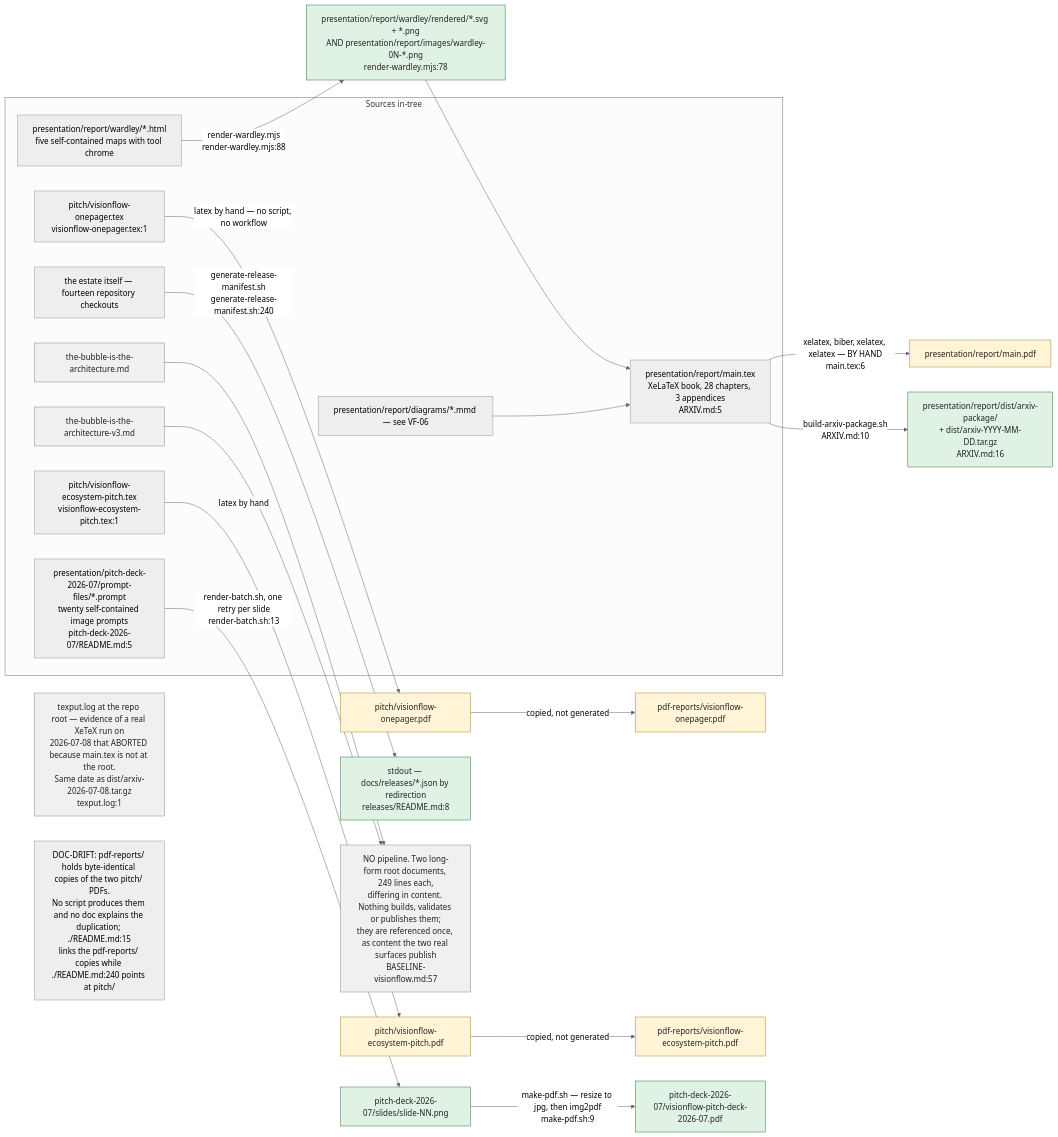
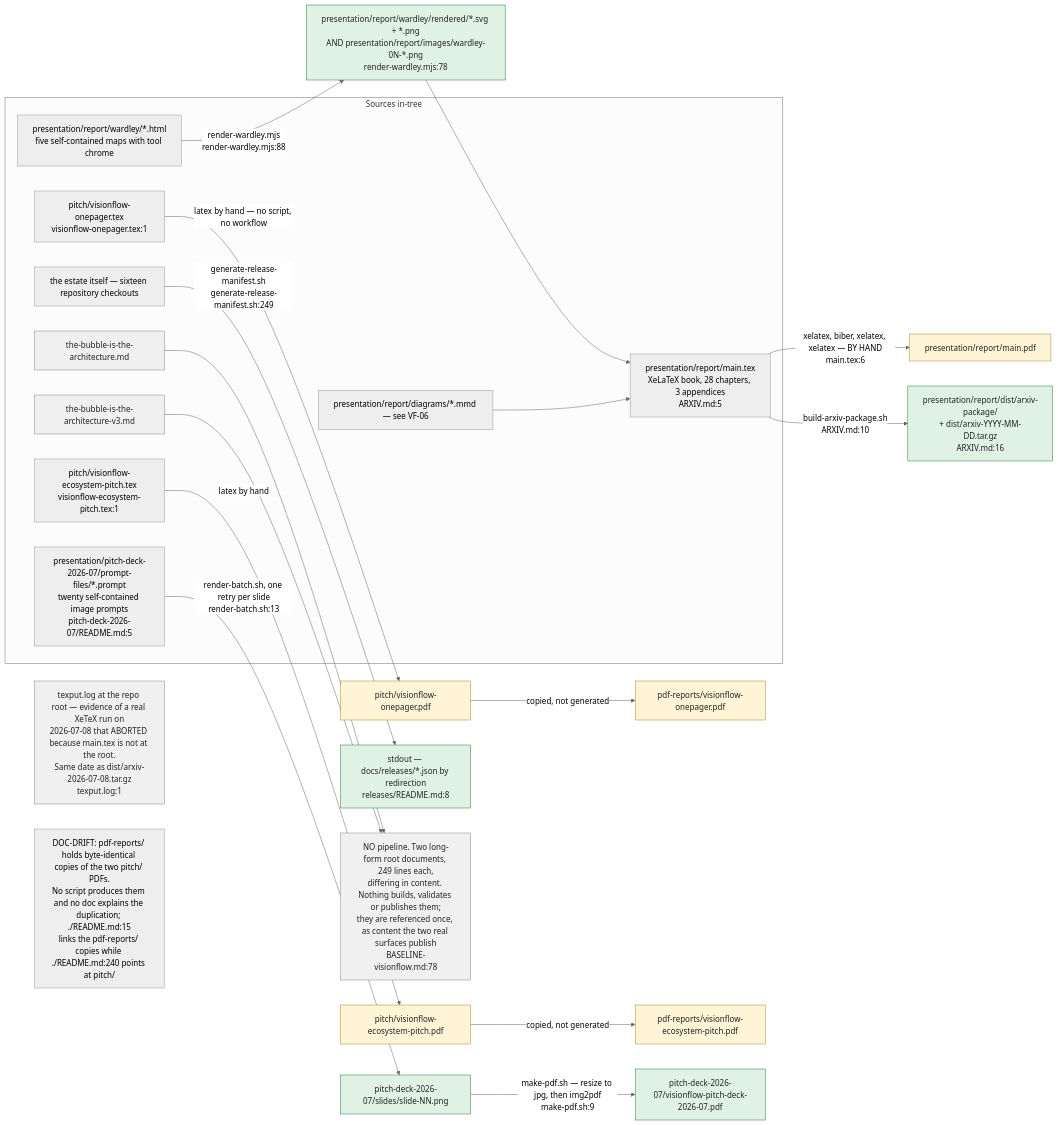
Before and after one commit to DreamLab-AI/VisionFlow: the first of 11 diagrams in docs/diagrams/visionflow/07-pitch-presentation-reports.md, drawn with Mermaid (neutral theme). The commit also changed other lines of this file and 80 other files, not shown here.

First line of the commit message:
docs(diagrams): re-verify the agentbox, dreamlab, estate and visionflow corpus against current sources

````diff
--- a/docs/diagrams/visionflow/07-pitch-presentation-reports.md
+++ b/docs/diagrams/visionflow/07-pitch-presentation-reports.md
@@ -38,41 +38,41 @@
 ```mermaid
 flowchart LR
     classDef auto fill:#e0f2e4,stroke:#2f7a45,color:#222
     classDef manual fill:#fff4d6,stroke:#aa8833,color:#222
     classDef content fill:#f0f0f0,stroke:#888,color:#222
 
     subgraph SRC["Sources in-tree"]
         R1["presentation/report/main.tex<br/>XeLaTeX book, 28 chapters, 3 appendices<br/>ARXIV.md:5"]
         R2["presentation/report/wardley/*.html<br/>five self-contained maps with tool chrome"]
         R3["presentation/report/diagrams/*.mmd — see VF-06"]
         P1["pitch/visionflow-onepager.tex<br/>visionflow-onepager.tex:1"]
         P2["pitch/visionflow-ecosystem-pitch.tex<br/>visionflow-ecosystem-pitch.tex:1"]
         D1["presentation/pitch-deck-2026-07/prompt-files/*.prompt<br/>twenty self-contained image prompts<br/>pitch-deck-2026-07/README.md:5"]
         B1["the-bubble-is-the-architecture.md"]:::content
         B2["the-bubble-is-the-architecture-v3.md"]:::content
-        RM["the estate itself — fourteen repository checkouts"]
+        RM["the estate itself — sixteen repository checkouts"]
     end
 
     R2 -->|"render-wardley.mjs<br/>render-wardley.mjs:88"| O2["presentation/report/wardley/rendered/*.svg + *.png<br/>AND presentation/report/images/wardley-0N-*.png<br/>render-wardley.mjs:78"]:::auto
     O2 --> R1
     R3 --> R1
     R1 -->|"xelatex, biber, xelatex, xelatex — BY HAND<br/>main.tex:6"| O1["presentation/report/main.pdf"]:::manual
     R1 -->|"build-arxiv-package.sh<br/>ARXIV.md:10"| O3["presentation/report/dist/arxiv-package/<br/>+ dist/arxiv-YYYY-MM-DD.tar.gz<br/>ARXIV.md:16"]:::auto
 
     P1 -->|"latex by hand — no script, no workflow"| O4["pitch/visionflow-onepager.pdf"]:::manual
     P2 -->|"latex by hand"| O5["pitch/visionflow-ecosystem-pitch.pdf"]:::manual
     O4 -->|"copied, not generated"| O6["pdf-reports/visionflow-onepager.pdf"]:::manual
     O5 -->|"copied, not generated"| O7["pdf-reports/visionflow-ecosystem-pitch.pdf"]:::manual
 
     D1 -->|"render-batch.sh, one retry per slide<br/>render-batch.sh:13"| O8["pitch-deck-2026-07/slides/slide-NN.png"]:::auto
     O8 -->|"make-pdf.sh — resize to jpg, then img2pdf<br/>make-pdf.sh:9"| O9["pitch-deck-2026-07/visionflow-pitch-deck-2026-07.pdf"]:::auto
 
-    RM -->|"generate-release-manifest.sh<br/>generate-release-manifest.sh:240"| O10["stdout — docs/releases/*.json by redirection<br/>releases/README.md:8"]:::auto
+    RM -->|"generate-release-manifest.sh<br/>generate-release-manifest.sh:249"| O10["stdout — docs/releases/*.json by redirection<br/>releases/README.md:8"]:::auto
 
-    B1 --> NOP["NO pipeline. Two long-form root documents, 249 lines each,<br/>differing in content. Nothing builds, validates or publishes them;<br/>they are referenced once, as content the two real surfaces publish<br/>BASELINE-visionflow.md:57"]:::content
+    B1 --> NOP["NO pipeline. Two long-form root documents, 249 lines each,<br/>differing in content. Nothing builds, validates or publishes them;<br/>they are referenced once, as content the two real surfaces publish<br/>BASELINE-visionflow.md:78"]:::content
     B2 --> NOP
 
     ORPH["texput.log at the repo root — evidence of a real XeTeX run on<br/>2026-07-08 that ABORTED because main.tex is not at the root.<br/>Same date as dist/arxiv-2026-07-08.tar.gz<br/>texput.log:1"]:::content
 
     NOTE["DOC-DRIFT: pdf-reports/ holds byte-identical copies of the two pitch/ PDFs.<br/>No script produces them and no doc explains the duplication; ./README.md:15<br/>links the pdf-reports/ copies while ./README.md:240 points at pitch/"]
 ```
````
